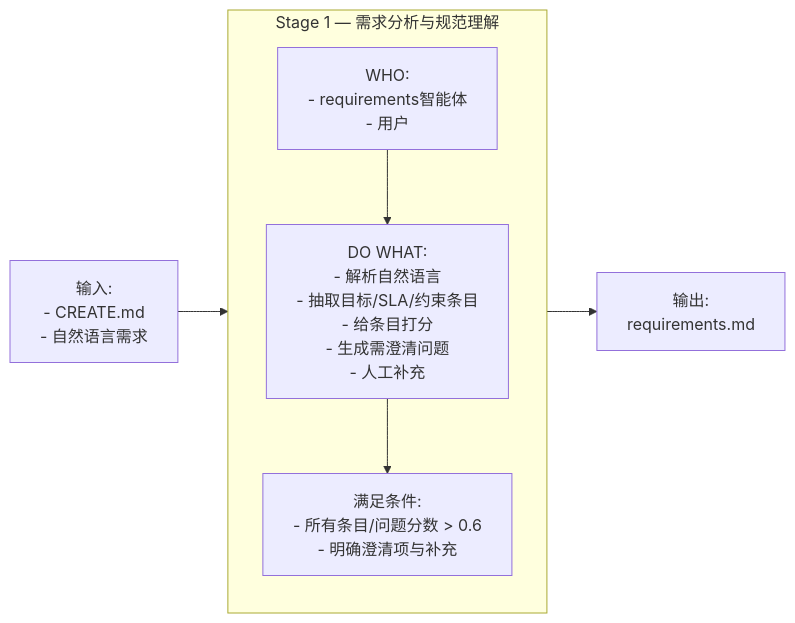
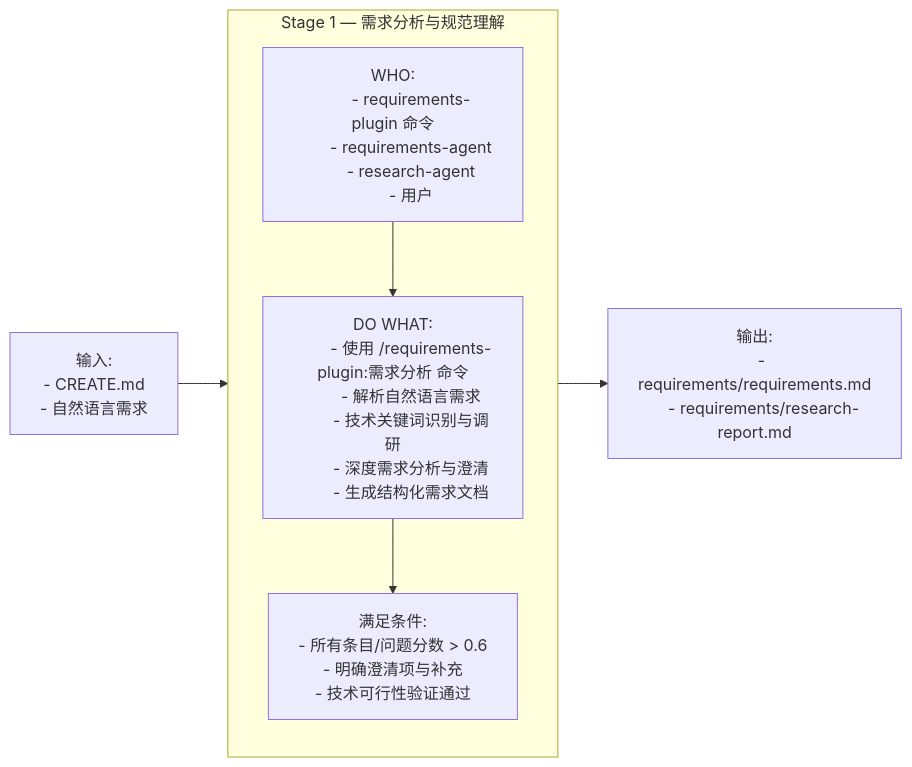
The second of 16 diagrams in README.md (ouyangshixiong/context-engineering-zh), drawn with Mermaid before and after one commit. The commit also changed other lines of this file and 21 other files, not shown here.

````diff
--- a/README.md
+++ b/README.md
@@ -128,32 +128,36 @@
 ```mermaid
 flowchart LR
 
     %% ================= Stage 1 =================
     I1["输入:
     - CREATE.md
     - 自然语言需求"]
 
     O1["输出:
-    requirements.md"]
+    - requirements/requirements.md
+    - requirements/research-report.md"]
 
     subgraph S1["Stage 1 — 需求分析与规范理解"]
         W1["WHO:
-        - requirements智能体
+        - requirements-plugin 命令
+        - requirements-agent
+        - research-agent
         - 用户"]
 
         A1["DO WHAT:
-        - 解析自然语言
-        - 抽取目标/SLA/约束条目
-        - 给条目打分
-        - 生成需澄清问题
-        - 人工补充"]
+        - 使用 /requirements-plugin:需求分析 命令
+        - 解析自然语言需求
+        - 技术关键词识别与调研
+        - 深度需求分析与澄清
+        - 生成结构化需求文档"]
 
         V1["满足条件:
         - 所有条目/问题分数 > 0.6
-        - 明确澄清项与补充"]
-        
+        - 明确澄清项与补充
+        - 技术可行性验证通过"]
+
         W1 --> A1 --> V1
     end
 
     I1 --> S1 --> O1
 ```
````
